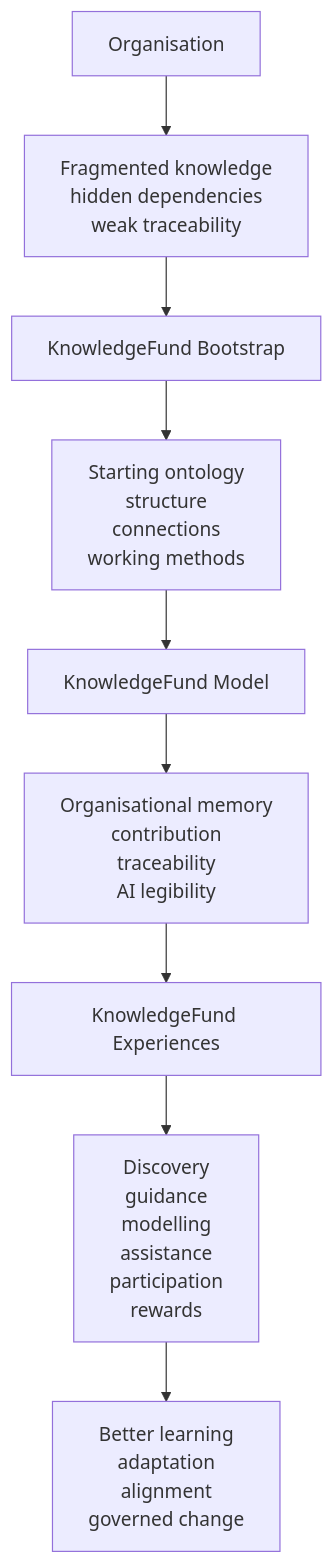
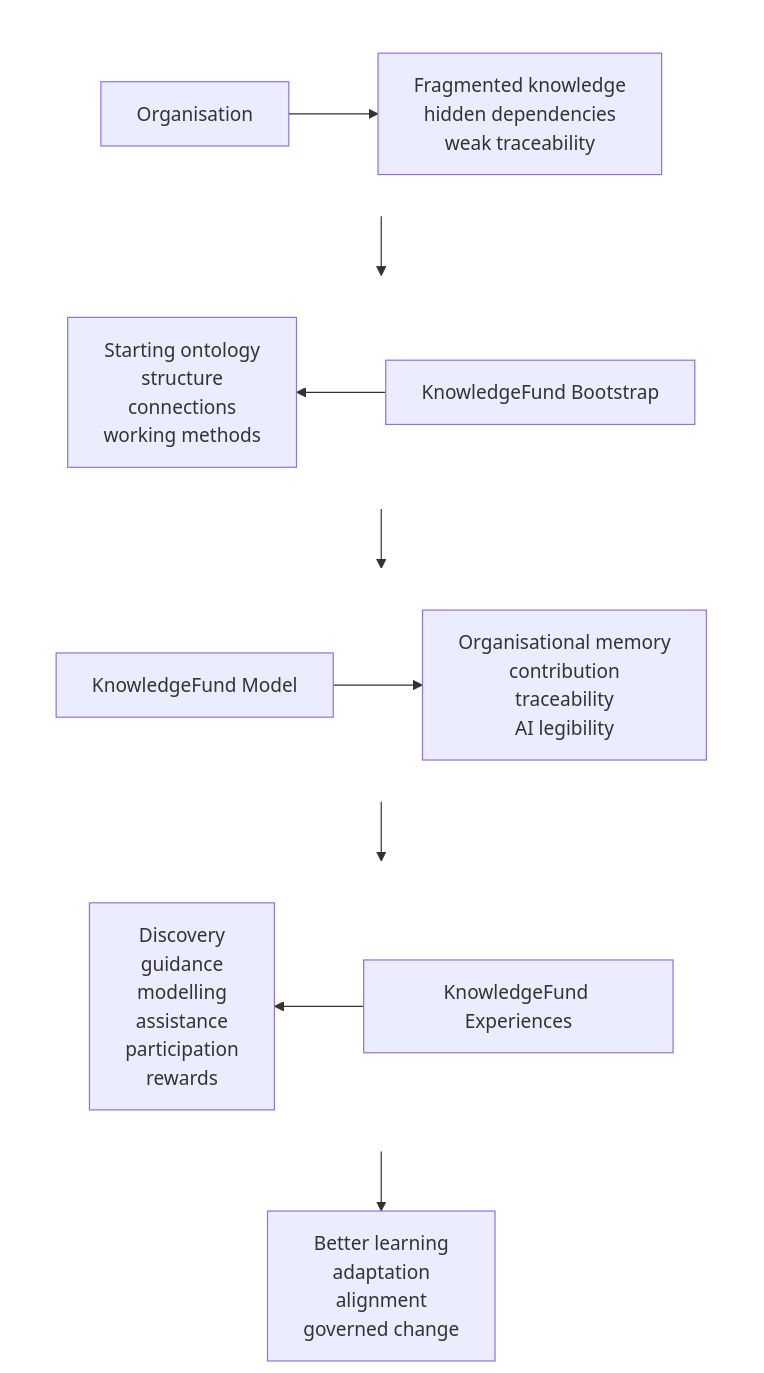
One commit to governance-foundation/governance.foundation changed the diagram in docusaurus/docs/knowledgefund/diagram.md. Above: the diagram before and after it, drawn with Mermaid. The commit also changed 3 other files, not shown here.

Commit message:
Improve model page layout and KnowledgeFund diagram flow

````diff
--- a/docusaurus/docs/knowledgefund/diagram.md
+++ b/docusaurus/docs/knowledgefund/diagram.md
@@ -13,11 +13,32 @@
 ```mermaid
-flowchart TD
-    A[Organisation] --> B[Fragmented knowledge<br/>hidden dependencies<br/>weak traceability]
-    B --> C[KnowledgeFund Bootstrap]
-    C --> D[Starting ontology<br/>structure<br/>connections<br/>working methods]
-    D --> E[KnowledgeFund Model]
-    E --> F[Organisational memory<br/>contribution<br/>traceability<br/>AI legibility]
-    F --> G[KnowledgeFund Experiences]
-    G --> H[Discovery<br/>guidance<br/>modelling<br/>assistance<br/>participation<br/>rewards]
+flowchart TB
+    subgraph row1[ ]
+        direction LR
+        A[Organisation] --> B[Fragmented knowledge<br/>hidden dependencies<br/>weak traceability]
+    end
+
+    subgraph row2[ ]
+        direction RL
+        C[KnowledgeFund Bootstrap] --> D[Starting ontology<br/>structure<br/>connections<br/>working methods]
+    end
+
+    subgraph row3[ ]
+        direction LR
+        E[KnowledgeFund Model] --> F[Organisational memory<br/>contribution<br/>traceability<br/>AI legibility]
+    end
+
+    subgraph row4[ ]
+        direction RL
+        G[KnowledgeFund Experiences] --> H[Discovery<br/>guidance<br/>modelling<br/>assistance<br/>participation<br/>rewards]
+    end
+
+    B --> C
+    D --> E
+    F --> G
     H --> I[Better learning<br/>adaptation<br/>alignment<br/>governed change]
+
+    style row1 fill:none,stroke:none
+    style row2 fill:none,stroke:none
+    style row3 fill:none,stroke:none
+    style row4 fill:none,stroke:none
 ```
````
